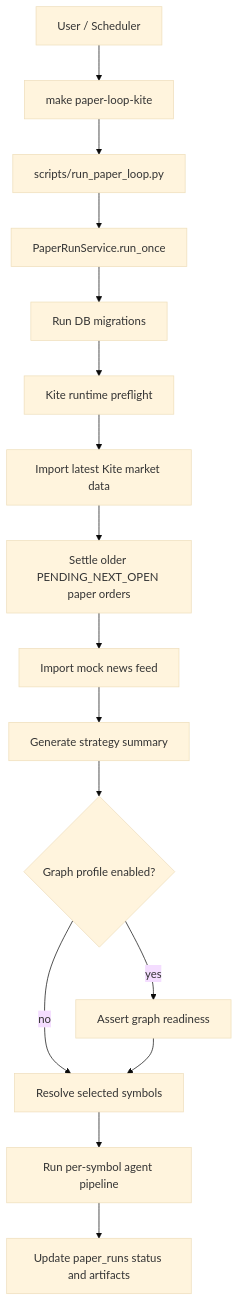
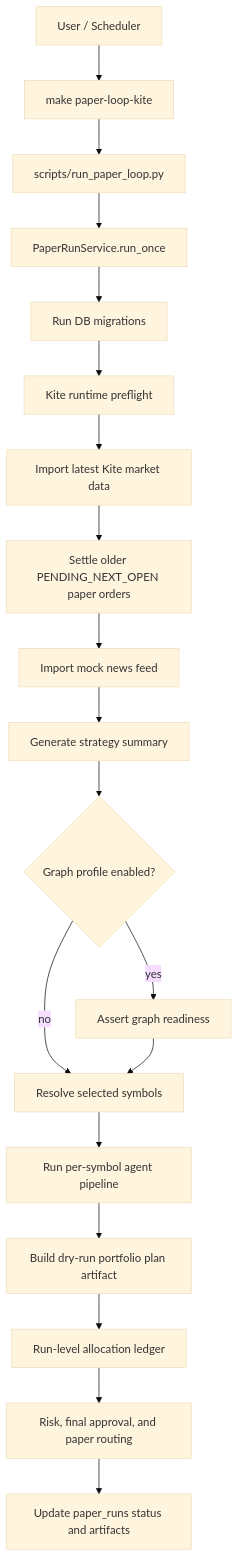
The first of 6 diagrams in docs/TAURUS_AGENT_ARCHITECTURE.md (adnaan1703/TaurusAgent), drawn with Mermaid (base theme) before and after one commit. The commit also changed other lines of this file and 12 other files, not shown here.

Commit message:
feat: add M57 portfolio rebalance dry-run plan

````diff
--- a/docs/TAURUS_AGENT_ARCHITECTURE.md
+++ b/docs/TAURUS_AGENT_ARCHITECTURE.md
@@ -45,21 +45,24 @@
 ```mermaid
 flowchart TD
     User[User / Scheduler] --> Cmd[make paper-loop-kite]
     Cmd --> Script[scripts/run_paper_loop.py]
     Script --> Service[PaperRunService.run_once]
 
     Service --> Migrate[Run DB migrations]
     Migrate --> Preflight[Kite runtime preflight]
     Preflight --> DataImport[Import latest Kite market data]
     DataImport --> Settlement[Settle older PENDING_NEXT_OPEN paper orders]
     Settlement --> NewsImport[Import mock news feed]
     NewsImport --> Strategy[Generate strategy summary]
 
     Strategy --> GraphReady{Graph profile enabled?}
     GraphReady -- yes --> GraphPreflight[Assert graph readiness]
     GraphReady -- no --> SymbolSelect[Resolve selected symbols]
     GraphPreflight --> SymbolSelect
 
     SymbolSelect --> SymbolLoop[Run per-symbol agent pipeline]
-    SymbolLoop --> RunStatus[Update paper_runs status and artifacts]
+    SymbolLoop --> PortfolioPlan[Build dry-run portfolio plan artifact]
+    PortfolioPlan --> Allocation[Run-level allocation ledger]
+    Allocation --> Finalization[Risk, final approval, and paper routing]
+    Finalization --> RunStatus[Update paper_runs status and artifacts]
 ```
````
